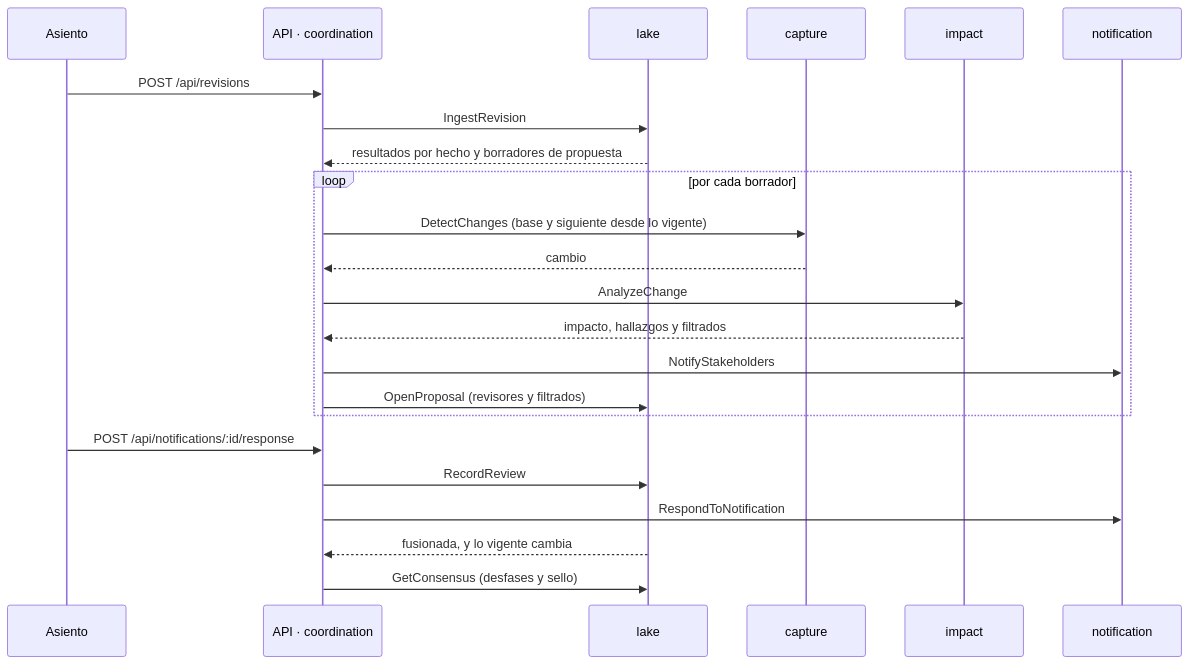
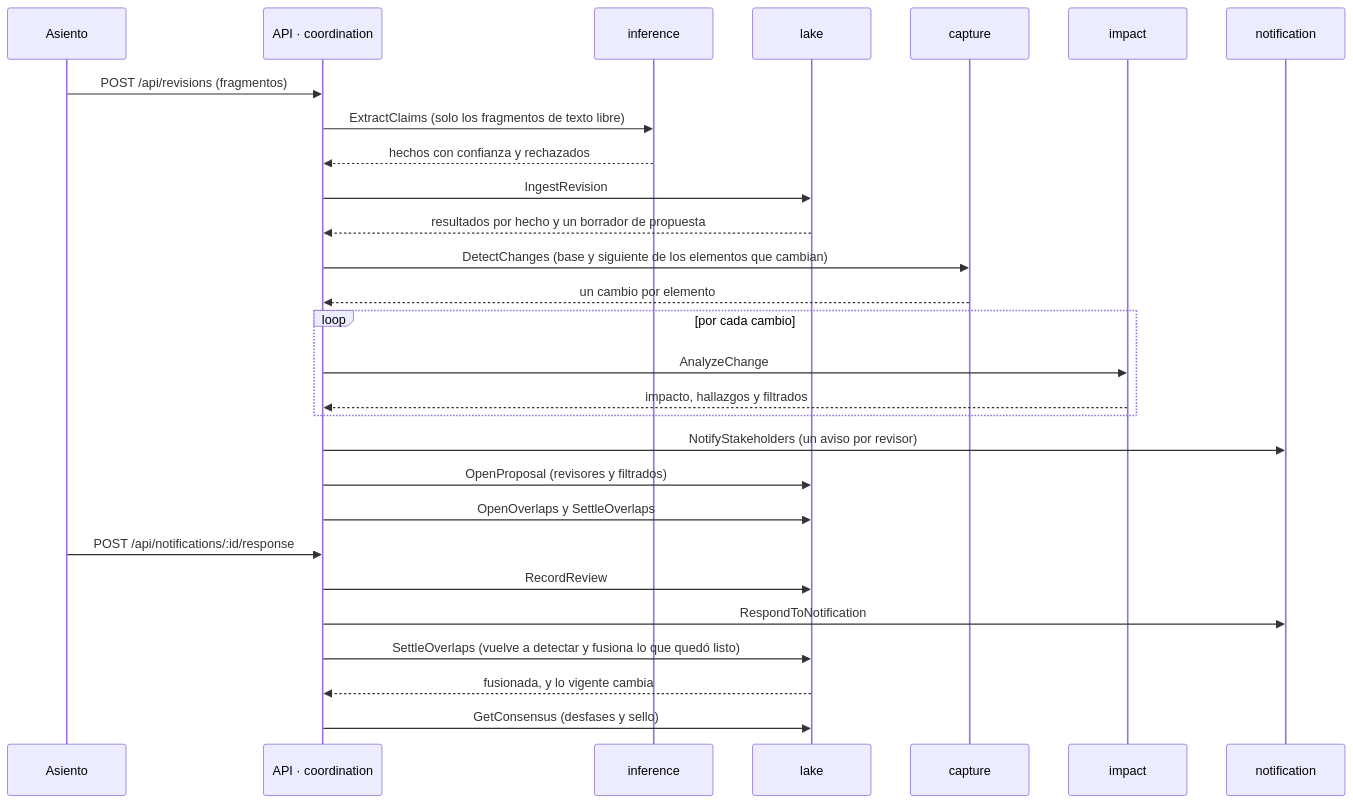
The second of 2 diagrams in docs/arquitectura.md (platanus-hack/platanus-hack-26-cl-team-27), drawn with Mermaid before and after one commit. The commit also changed other lines of this file and 104 other files, not shown here.

````diff
--- a/docs/arquitectura.md
+++ b/docs/arquitectura.md
@@ -96,25 +96,30 @@
 ```mermaid
 sequenceDiagram
   participant S as Asiento
   participant A as API · coordination
+  participant R as inference
   participant L as lake
   participant C as capture
   participant I as impact
   participant N as notification
-  S->>A: POST /api/revisions
+  S->>A: POST /api/revisions (fragmentos)
+  A->>R: ExtractClaims (solo los fragmentos de texto libre)
+  R-->>A: hechos con confianza y rechazados
   A->>L: IngestRevision
-  L-->>A: resultados por hecho y borradores de propuesta
-  loop por cada borrador
-    A->>C: DetectChanges (base y siguiente desde lo vigente)
-    C-->>A: cambio
+  L-->>A: resultados por hecho y un borrador de propuesta
+  A->>C: DetectChanges (base y siguiente de los elementos que cambian)
+  C-->>A: un cambio por elemento
+  loop por cada cambio
     A->>I: AnalyzeChange
     I-->>A: impacto, hallazgos y filtrados
-    A->>N: NotifyStakeholders
-    A->>L: OpenProposal (revisores y filtrados)
   end
+  A->>N: NotifyStakeholders (un aviso por revisor)
+  A->>L: OpenProposal (revisores y filtrados)
+  A->>L: OpenOverlaps y SettleOverlaps
   S->>A: POST /api/notifications/:id/response
   A->>L: RecordReview
   A->>N: RespondToNotification
+  A->>L: SettleOverlaps (vuelve a detectar y fusiona lo que quedó listo)
   L-->>A: fusionada, y lo vigente cambia
   A->>L: GetConsensus (desfases y sello)
 ```
````
